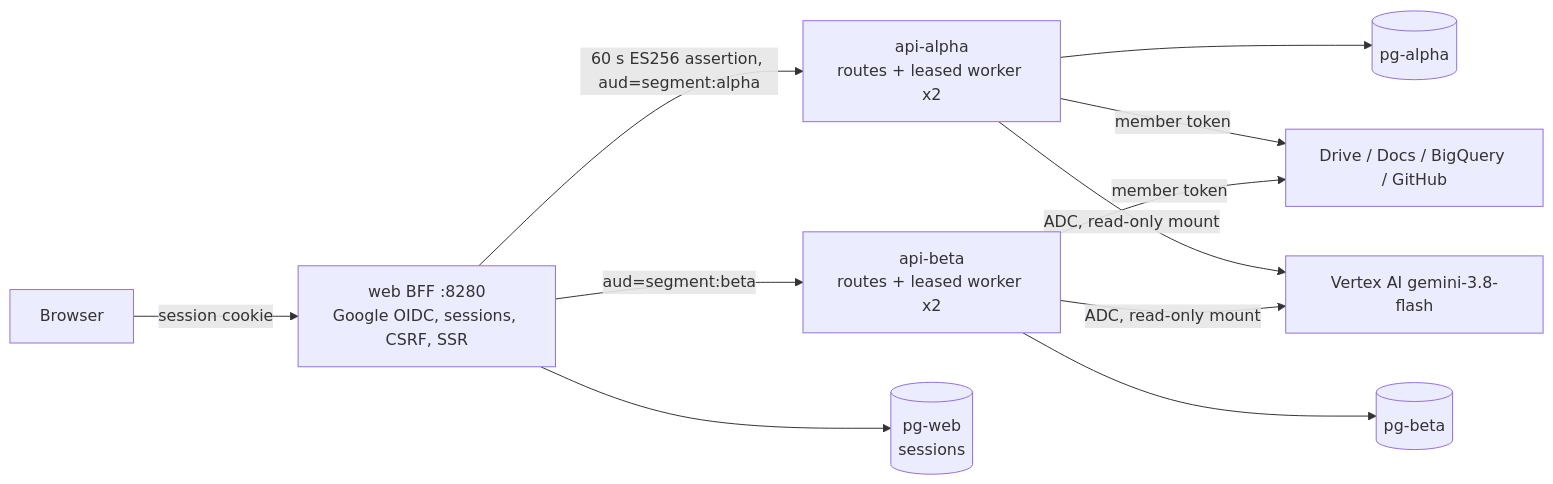
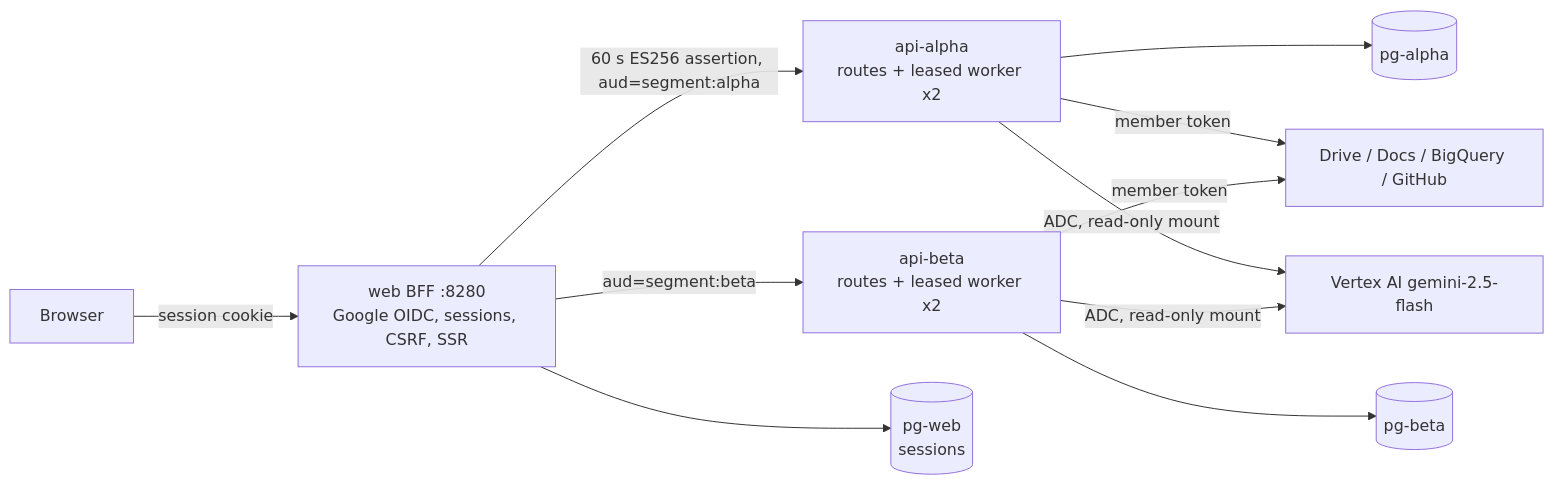
The diagram in docs/m1/README.md (yu-iskw/agent-works), drawn with Mermaid before and after one commit. The commit also changed other lines of this file and 14 other files, not shown here.

First line of the commit message:
fix(compose): default Vertex to asia-northeast1 and gemini-2.5-flash per ADR-0003 (#202)

````diff
--- a/docs/m1/README.md
+++ b/docs/m1/README.md
@@ -49,11 +49,11 @@
 ```mermaid
 flowchart LR
   B[Browser] -->|session cookie| WEB[web BFF :8280<br/>Google OIDC, sessions, CSRF, SSR]
   WEB -->|60 s ES256 assertion, aud=segment:alpha| A[api-alpha<br/>routes + leased worker x2]
   WEB -->|aud=segment:beta| BB[api-beta<br/>routes + leased worker x2]
   A --> PA[(pg-alpha)]
   BB --> PB[(pg-beta)]
   WEB --> PW[(pg-web<br/>sessions)]
   A & BB -->|member token| SRC[Drive / Docs / BigQuery / GitHub]
-  A & BB -->|ADC, read-only mount| VX[Vertex AI gemini-3.8-flash]
+  A & BB -->|ADC, read-only mount| VX[Vertex AI gemini-2.5-flash]
 ```
````
